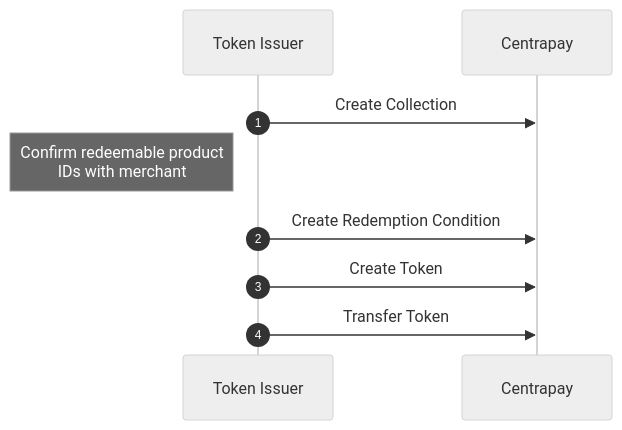
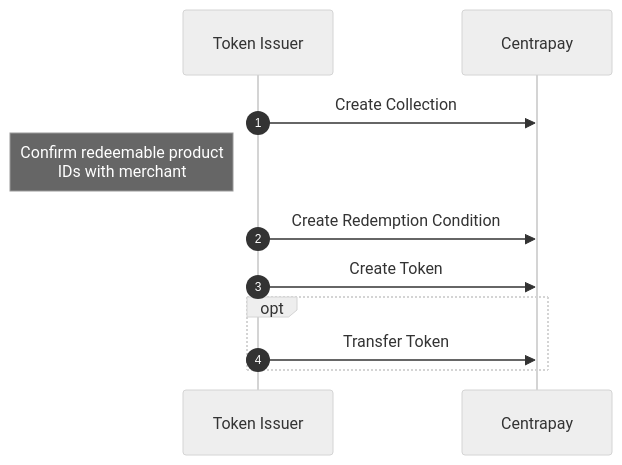
Before and after one commit to centrapay/centrapay-docs: the diagram in src/content/guides/creating-digital-tokens.mdx, drawn with Mermaid (neutral theme). The commit also changed other lines of this file, not shown here.

````diff
--- a/src/content/guides/creating-digital-tokens.mdx
+++ b/src/content/guides/creating-digital-tokens.mdx
@@ -29,9 +30,11 @@
 ``` mermaid
 sequenceDiagram
   autonumber
   Token Issuer ->> Centrapay: Create Collection
   Note left of Token Issuer: Confirm redeemable product<br/>IDs with merchant
   Token Issuer ->> Centrapay: Create Redemption Condition
   Token Issuer ->> Centrapay: Create Token
-  Token Issuer ->> Centrapay: Transfer Token
+  opt
+    Token Issuer ->> Centrapay: Transfer Token
+  end
 ```
````
